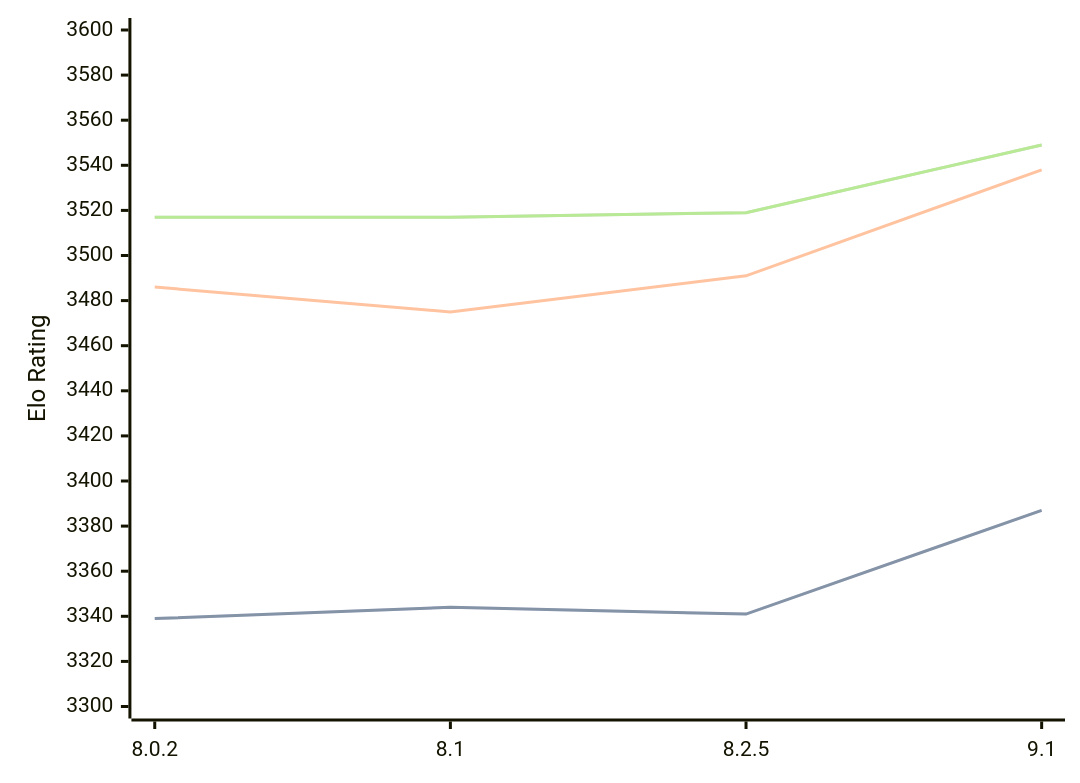
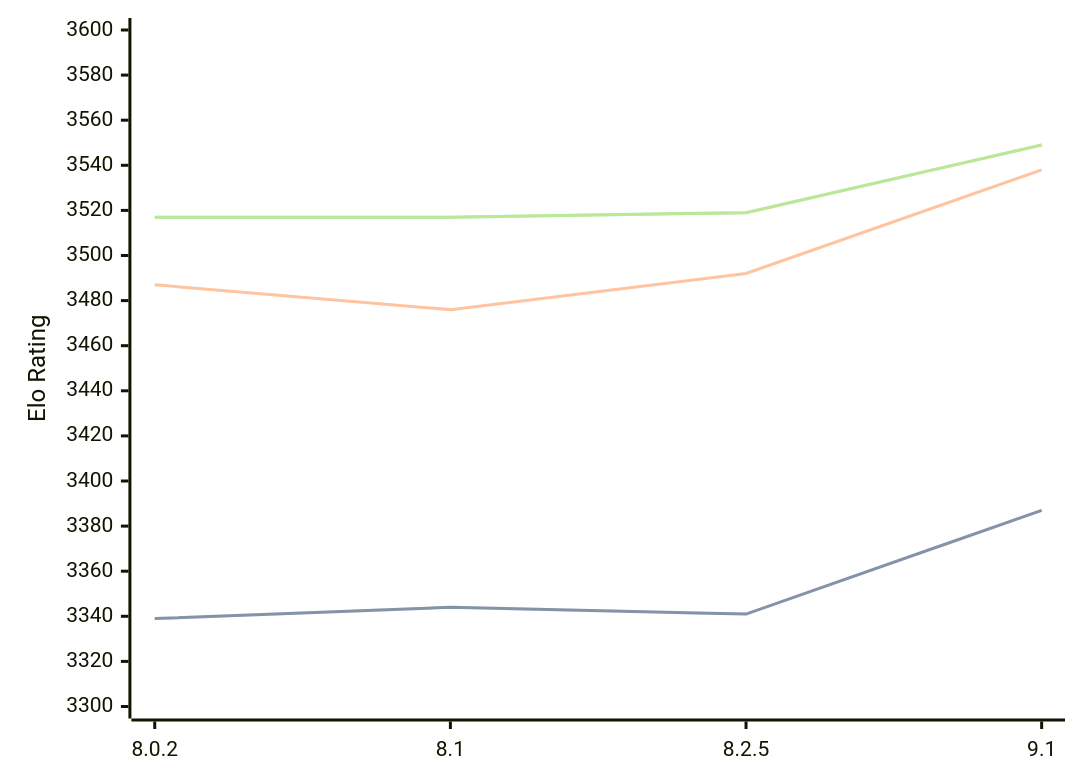
One commit to computer-chess-index/cci changed the diagram in engines/Clover.md. Above: the diagram before and after it, drawn with Mermaid. The commit also changed other lines of this file, not shown here.

````diff
--- a/engines/Clover.md
+++ b/engines/Clover.md
@@ -35,11 +35,11 @@
 ```mermaid
 %%{init: {"theme":"base","themeVariables":{"seriesColors:['#a3a3a3','#222221','#faa371']}}}%%
 xychart-beta
   x-axis ["8.0.2", "8.1", "8.2.5", "9.1"]
   y-axis "Elo Rating" 3300 --> 3600
   line "" [3339, 3344, 3341, 3387]
   line "STC (8.0+0.08s)" [3339, 3344, 3341, 3387]
-  line "LTC (60.0+0.60s)" [3486, 3475, 3491, 3538]
+  line "LTC (60.0+0.60s)" [3487, 3476, 3492, 3538]
   line "" [3517, 3517, 3519, 3549]
   line "VLTC (2m24s+1.12s)" [3517, 3517, 3519, 3549]
 ```
````
